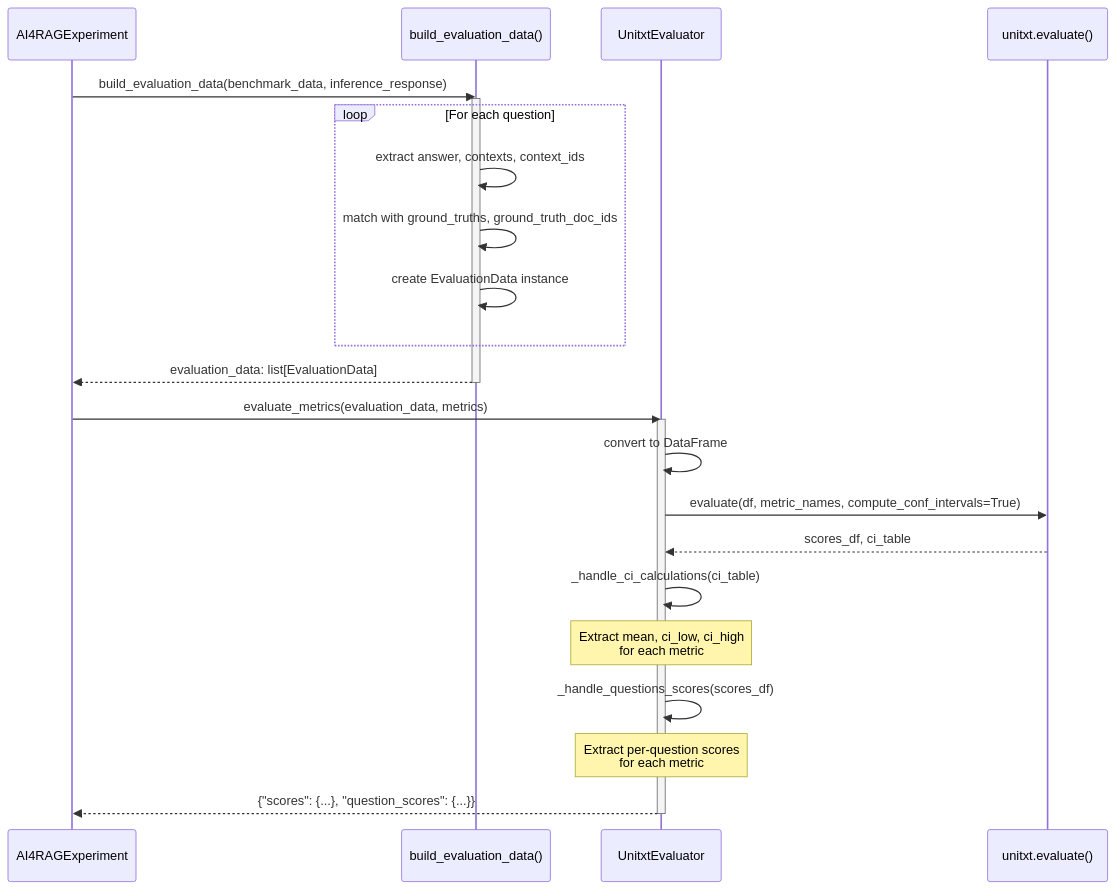
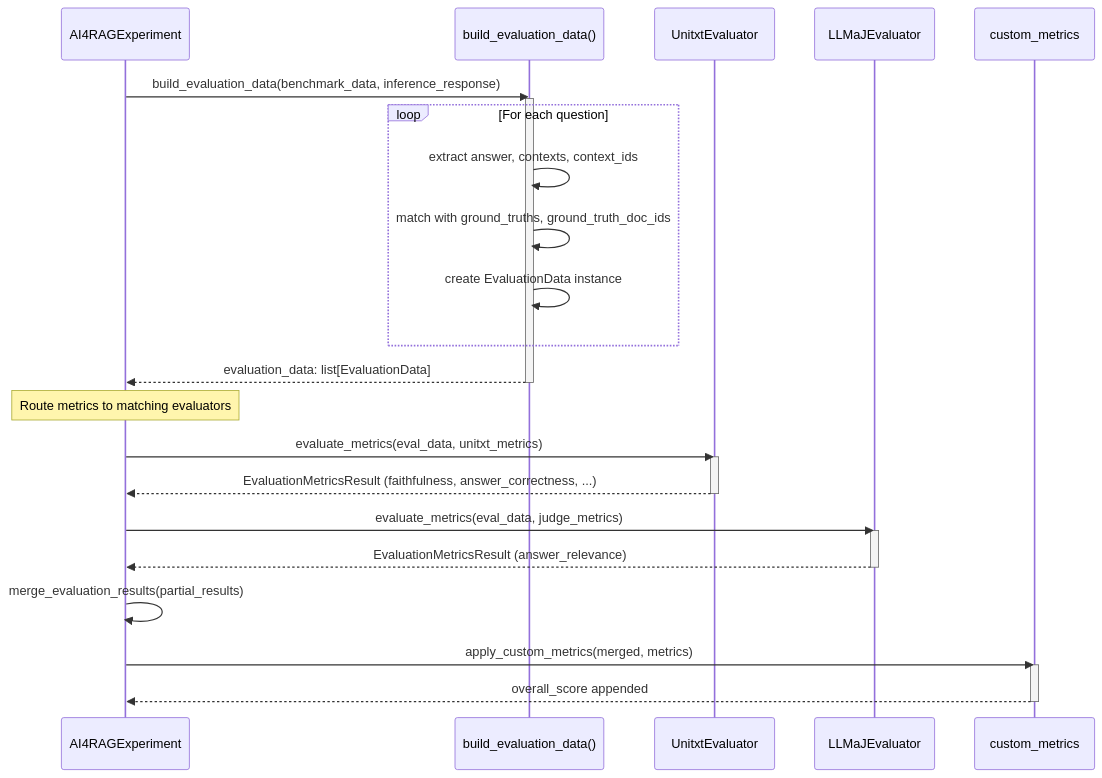
One commit to IBM/ai4rag changed the third of 4 diagrams in docs/architecture/data-flow.md. Above: the diagram before and after it, drawn with Mermaid. The commit also changed other lines of this file and 8 other files, not shown here.

````diff
--- a/docs/architecture/data-flow.md
+++ b/docs/architecture/data-flow.md
@@ -470,32 +470,37 @@
 ```mermaid
 sequenceDiagram
     participant Exp as AI4RAGExperiment
     participant Builder as build_evaluation_data()
     participant UE as UnitxtEvaluator
-    participant Unitxt as unitxt.evaluate()
+    participant JE as LLMaJEvaluator
+    participant CM as custom_metrics
 
     Exp->>Builder: build_evaluation_data(benchmark_data, inference_response)
     activate Builder
     loop For each question
         Builder->>Builder: extract answer, contexts, context_ids
         Builder->>Builder: match with ground_truths, ground_truth_doc_ids
         Builder->>Builder: create EvaluationData instance
     end
     Builder-->>Exp: evaluation_data: list[EvaluationData]
     deactivate Builder
 
-    Exp->>UE: evaluate_metrics(evaluation_data, metrics)
+    Note over Exp: Route metrics to matching evaluators
+
+    Exp->>UE: evaluate_metrics(eval_data, unitxt_metrics)
     activate UE
-    UE->>UE: convert to DataFrame
-    UE->>Unitxt: evaluate(df, metric_names, compute_conf_intervals=True)
-    Unitxt-->>UE: scores_df, ci_table
+    UE-->>Exp: EvaluationMetricsResult (faithfulness, answer_correctness, ...)
+    deactivate UE
 
-    UE->>UE: _handle_ci_calculations(ci_table)
-    Note over UE: Extract mean, ci_low, ci_high<br/>for each metric
+    Exp->>JE: evaluate_metrics(eval_data, judge_metrics)
+    activate JE
+    JE-->>Exp: EvaluationMetricsResult (answer_relevance)
+    deactivate JE
 
-    UE->>UE: _handle_questions_scores(scores_df)
-    Note over UE: Extract per-question scores<br/>for each metric
+    Exp->>Exp: merge_evaluation_results(partial_results)
 
-    UE-->>Exp: {"scores": {...}, "question_scores": {...}}
-    deactivate UE
+    Exp->>CM: apply_custom_metrics(merged, metrics)
+    activate CM
+    CM-->>Exp: overall_score appended
+    deactivate CM
 ```
````
